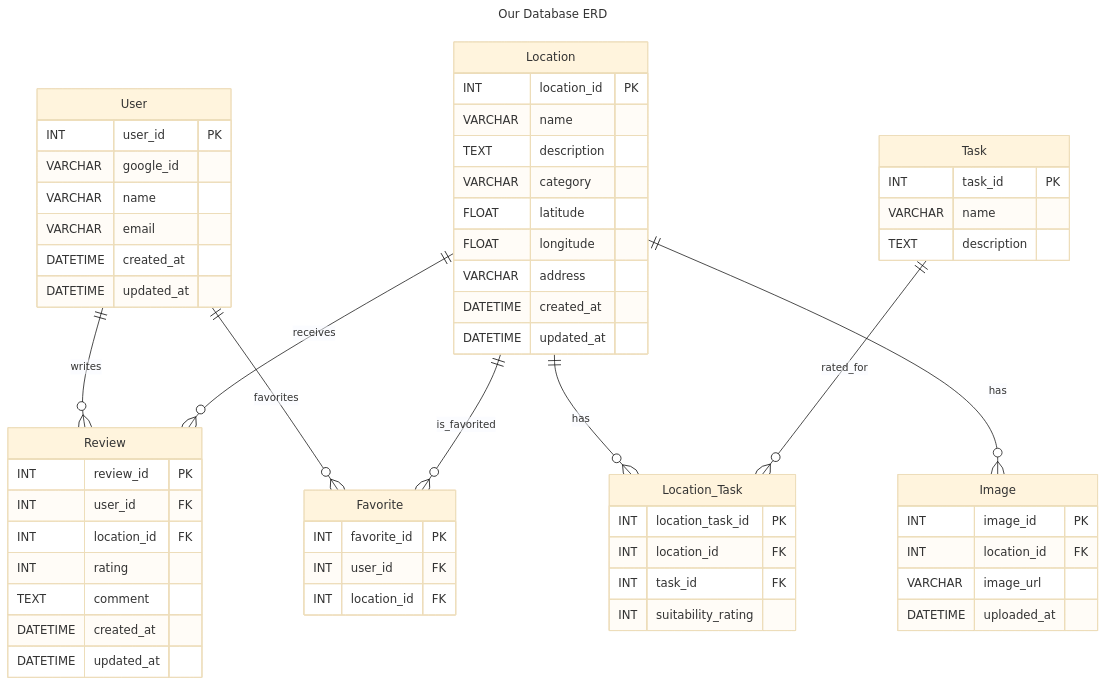
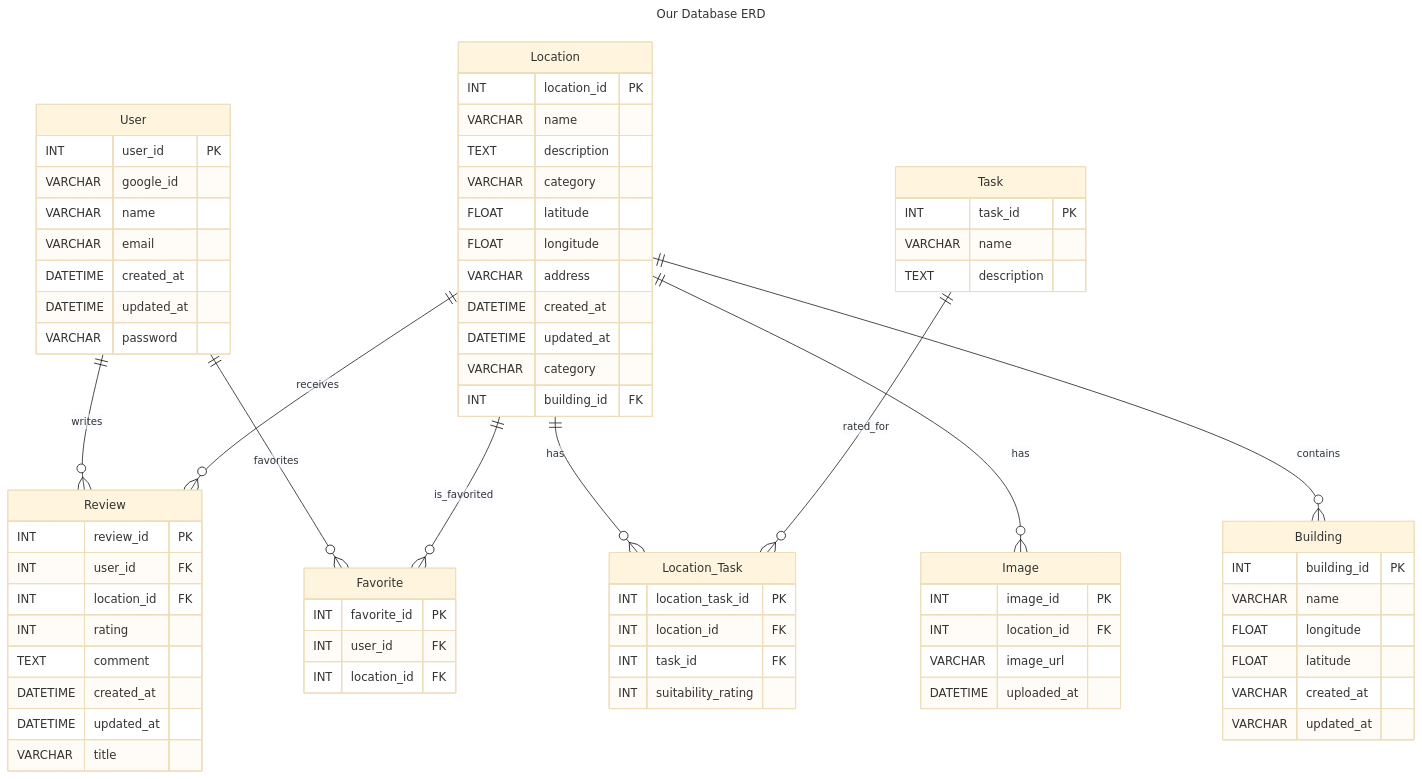
One commit to bjrodrigu/Project_08 changed the second of 6 diagrams in README.md. Above: the diagram before and after it, drawn with Mermaid (base theme). The commit also changed other lines of this file, not shown here.

Commit message:
Update README.md by updating the database and class diagrams

````diff
--- a/README.md
+++ b/README.md
@@ -84,6 +84,7 @@
       VARCHAR email
       DATETIME created_at
       DATETIME updated_at
+      VARCHAR password
     }
 
     Location {
@@ -96,6 +97,17 @@
       VARCHAR address
       DATETIME created_at
       DATETIME updated_at
+      VARCHAR category
+      INT building_id FK
+    }
+
+    Building {
+      INT building_id PK
+      VARCHAR name
+      FLOAT longitude
+      FLOAT latitude
+      VARCHAR created_at
+      VARCHAR updated_at
     }
 
     Review {
@@ -106,6 +118,7 @@
       TEXT comment
       DATETIME created_at
       DATETIME updated_at
+      VARCHAR title
     }
 
     Task {
@@ -141,4 +154,5 @@
     User ||--o{ Favorite : favorites
     Location ||--o{ Favorite : is_favorited
     Location ||--o{ Image : has
+    Location ||--o{ Building: contains
 ```
````
